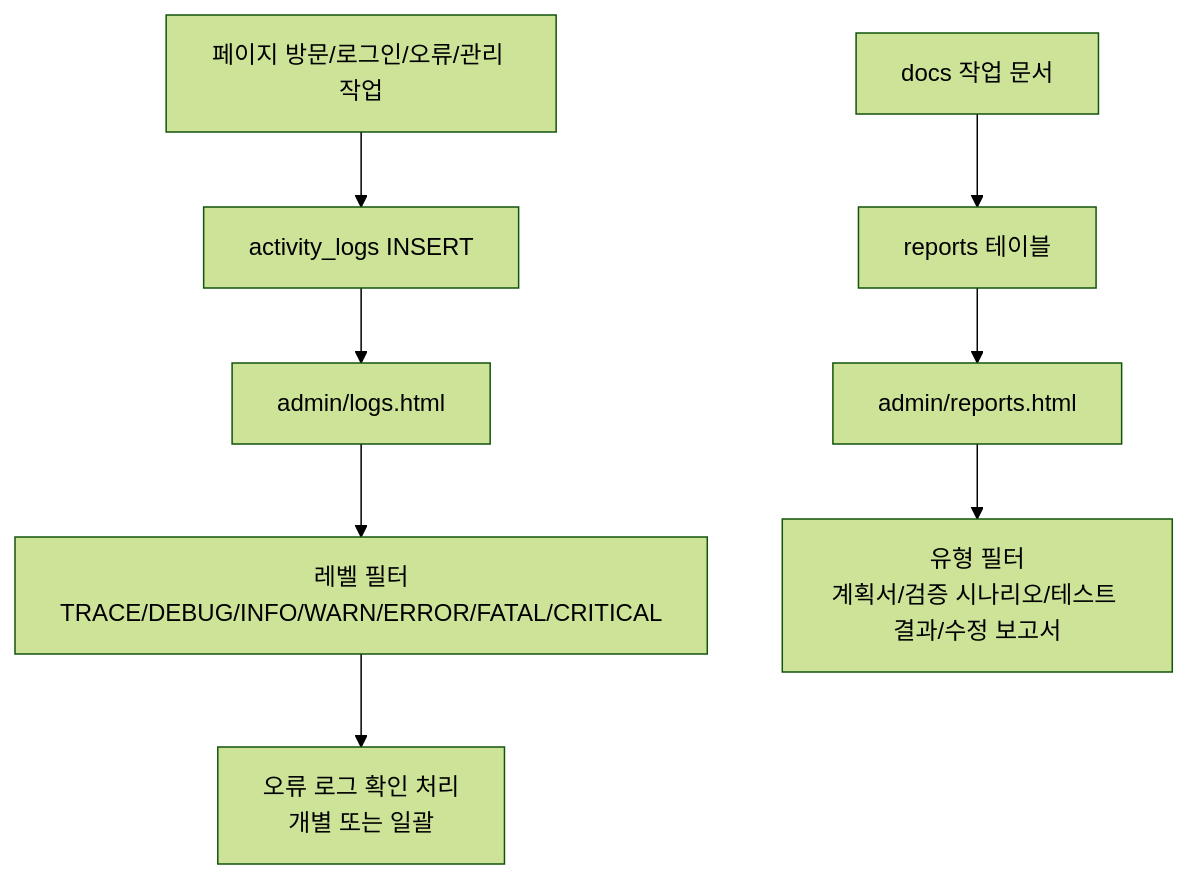
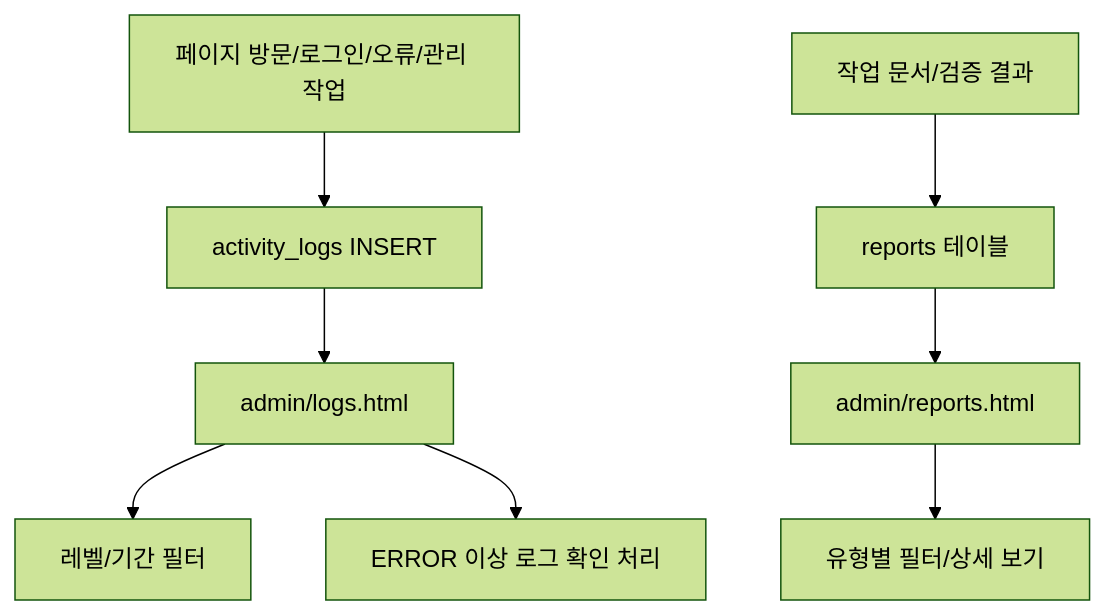
The eighth of 8 diagrams in docs/PROJECT_ARCHITECTURE_FLOW.md (CHO-Talents/CHO-Talents), drawn with Mermaid (forest theme) before and after one commit. The commit also changed other lines of this file and 2 other files, not shown here.

````diff
--- a/docs/PROJECT_ARCHITECTURE_FLOW.md
+++ b/docs/PROJECT_ARCHITECTURE_FLOW.md
@@ -272,11 +247,11 @@
 ```mermaid
 flowchart TD
-  PageEvent["페이지 방문/로그인/오류/관리 작업"] --> LogWrite["activity_logs INSERT"]
-  LogWrite --> LogsPage["admin/logs.html"]
-  LogsPage --> Filter["레벨 필터<br/>TRACE/DEBUG/INFO/WARN/ERROR/FATAL/CRITICAL"]
-  Filter --> Ack["오류 로그 확인 처리<br/>개별 또는 일괄"]
+  Event["페이지 방문/로그인/오류/관리 작업"] --> WriteLog["activity_logs INSERT"]
+  WriteLog --> Logs["admin/logs.html"]
+  Logs --> Filter["레벨/기간 필터"]
+  Logs --> Ack["ERROR 이상 로그 확인 처리"]
 
-  Docs["docs 작업 문서"] --> ReportsTable["reports 테이블"]
-  ReportsTable --> ReportsPage["admin/reports.html"]
-  ReportsPage --> ReportFilter["유형 필터<br/>계획서/검증 시나리오/테스트 결과/수정 보고서"]
+  Docs["작업 문서/검증 결과"] --> ReportsTable["reports 테이블"]
+  ReportsTable --> Reports["admin/reports.html"]
+  Reports --> ReportView["유형별 필터/상세 보기"]
 ```
````
